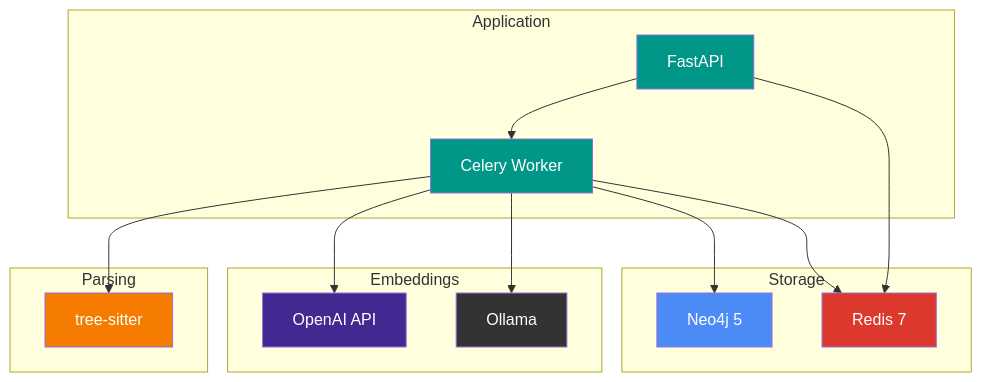
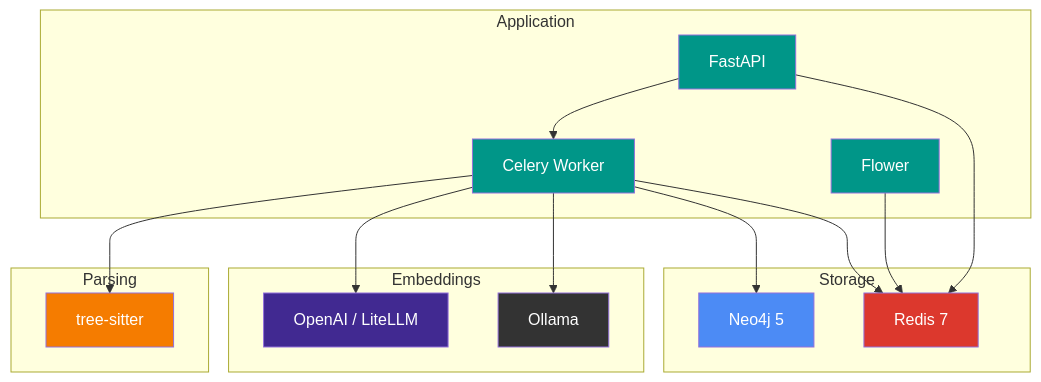
Before and after one commit to sriramdingari/Constellation: the third of 3 diagrams in README.md, drawn with Mermaid. The commit also changed other lines of this file, not shown here.

````diff
--- a/README.md
+++ b/README.md
@@ -174,37 +525,40 @@
 ```mermaid
 graph TB
     subgraph Application
         API[FastAPI]
         Worker[Celery Worker]
+        Monitor[Flower]
     end
 
     subgraph Parsing
         TS[tree-sitter]
     end
 
     subgraph Embeddings
-        OAI[OpenAI API]
+        OAI[OpenAI / LiteLLM]
         OLL[Ollama]
     end
 
     subgraph Storage
         Neo[Neo4j 5]
         Red[Redis 7]
     end
 
     API --> Worker
     Worker --> TS
     Worker --> OAI
     Worker --> OLL
     Worker --> Neo
     API --> Red
     Worker --> Red
+    Monitor --> Red
 
     style API fill:#009688,color:#fff
     style Worker fill:#009688,color:#fff
+    style Monitor fill:#009688,color:#fff
     style TS fill:#F57C00,color:#fff
     style OAI fill:#412991,color:#fff
     style OLL fill:#333,color:#fff
     style Neo fill:#4C8BF5,color:#fff
     style Red fill:#DC382D,color:#fff
 ```
````
